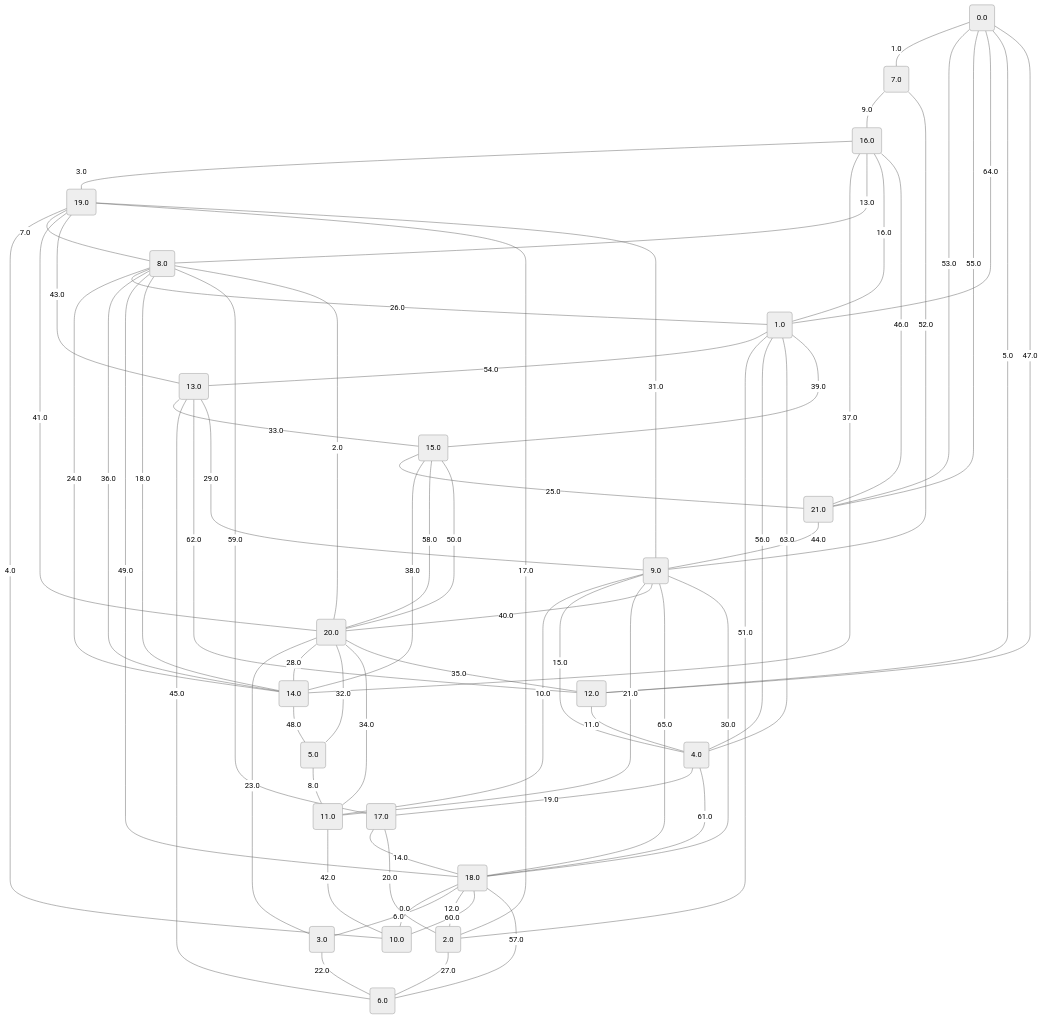
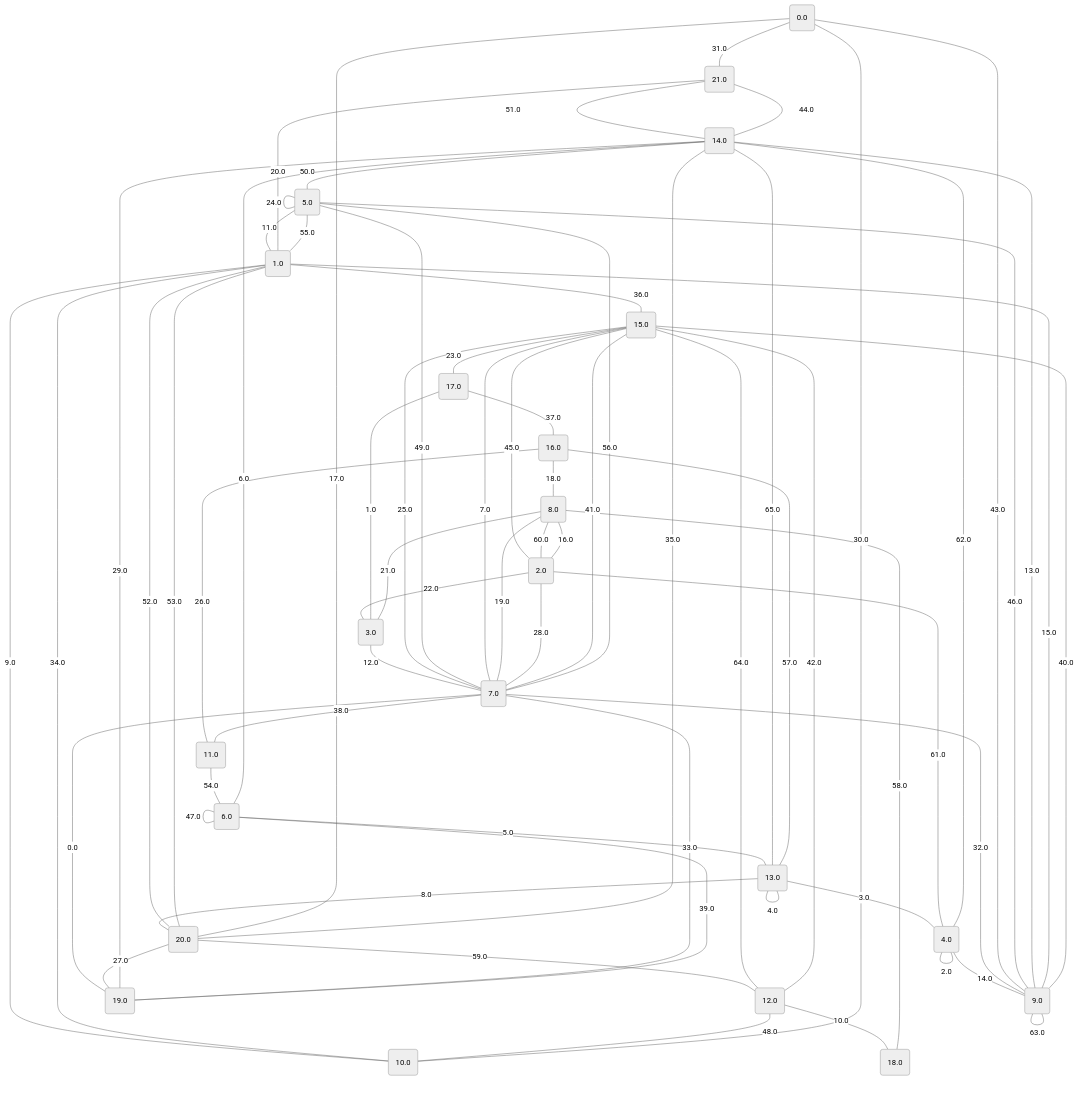
The diagram in project/src/testing/graphs/17.md (metury/graphs), drawn with Mermaid (neutral theme) before and after one commit. The commit also changed 52 other files, not shown here.

````diff
--- a/project/src/testing/graphs/17.md
+++ b/project/src/testing/graphs/17.md
@@ -22,70 +22,70 @@
 19("19.0");
 20("20.0");
 21("21.0");
-	18 -- "0.0" --- 10;
-	0 -- "1.0" --- 7;
-	20 -- "2.0" --- 8;
-	16 -- "3.0" --- 19;
-	19 -- "4.0" --- 10;
-	12 -- "5.0" --- 0;
-	18 -- "6.0" --- 3;
-	19 -- "7.0" --- 8;
-	5 -- "8.0" --- 11;
-	7 -- "9.0" --- 16;
-	9 -- "10.0" --- 11;
-	12 -- "11.0" --- 4;
-	18 -- "12.0" --- 2;
-	8 -- "13.0" --- 16;
-	17 -- "14.0" --- 18;
-	9 -- "15.0" --- 4;
-	1 -- "16.0" --- 16;
-	2 -- "17.0" --- 19;
-	14 -- "18.0" --- 8;
-	4 -- "19.0" --- 17;
-	17 -- "20.0" --- 2;
-	9 -- "21.0" --- 11;
-	3 -- "22.0" --- 6;
-	20 -- "23.0" --- 3;
-	8 -- "24.0" --- 14;
-	15 -- "25.0" --- 21;
-	8 -- "26.0" --- 1;
-	2 -- "27.0" --- 6;
-	20 -- "28.0" --- 14;
-	9 -- "29.0" --- 13;
-	18 -- "30.0" --- 9;
-	9 -- "31.0" --- 19;
-	20 -- "32.0" --- 5;
-	13 -- "33.0" --- 15;
-	20 -- "34.0" --- 11;
-	20 -- "35.0" --- 12;
-	8 -- "36.0" --- 14;
-	16 -- "37.0" --- 14;
-	15 -- "38.0" --- 14;
-	15 -- "39.0" --- 1;
-	9 -- "40.0" --- 20;
-	19 -- "41.0" --- 20;
-	11 -- "42.0" --- 10;
-	19 -- "43.0" --- 13;
-	21 -- "44.0" --- 9;
-	13 -- "45.0" --- 6;
-	21 -- "46.0" --- 16;
-	12 -- "47.0" --- 0;
-	14 -- "48.0" --- 5;
-	8 -- "49.0" --- 18;
-	20 -- "50.0" --- 15;
-	2 -- "51.0" --- 1;
-	7 -- "52.0" --- 9;
-	0 -- "53.0" --- 21;
-	1 -- "54.0" --- 13;
-	0 -- "55.0" --- 21;
-	4 -- "56.0" --- 1;
-	6 -- "57.0" --- 18;
-	15 -- "58.0" --- 20;
-	17 -- "59.0" --- 8;
-	18 -- "60.0" --- 10;
-	4 -- "61.0" --- 18;
-	13 -- "62.0" --- 12;
-	4 -- "63.0" --- 1;
-	0 -- "64.0" --- 1;
-	9 -- "65.0" --- 18;
+	7 -- "0.0" --- 19;
+	3 -- "1.0" --- 17;
+	4 -- "2.0" --- 4;
+	13 -- "3.0" --- 4;
+	13 -- "4.0" --- 13;
+	6 -- "5.0" --- 13;
+	6 -- "6.0" --- 14;
+	7 -- "7.0" --- 15;
+	13 -- "8.0" --- 20;
+	1 -- "9.0" --- 10;
+	12 -- "10.0" --- 18;
+	5 -- "11.0" --- 1;
+	3 -- "12.0" --- 7;
+	9 -- "13.0" --- 14;
+	4 -- "14.0" --- 9;
+	9 -- "15.0" --- 1;
+	2 -- "16.0" --- 8;
+	20 -- "17.0" --- 0;
+	16 -- "18.0" --- 8;
+	7 -- "19.0" --- 8;
+	1 -- "20.0" --- 21;
+	3 -- "21.0" --- 8;
+	2 -- "22.0" --- 3;
+	15 -- "23.0" --- 17;
+	5 -- "24.0" --- 5;
+	15 -- "25.0" --- 7;
+	16 -- "26.0" --- 11;
+	20 -- "27.0" --- 19;
+	7 -- "28.0" --- 2;
+	14 -- "29.0" --- 19;
+	10 -- "30.0" --- 0;
+	0 -- "31.0" --- 21;
+	7 -- "32.0" --- 9;
+	7 -- "33.0" --- 19;
+	1 -- "34.0" --- 10;
+	20 -- "35.0" --- 14;
+	1 -- "36.0" --- 15;
+	17 -- "37.0" --- 16;
+	7 -- "38.0" --- 11;
+	6 -- "39.0" --- 19;
+	9 -- "40.0" --- 15;
+	7 -- "41.0" --- 15;
+	12 -- "42.0" --- 15;
+	0 -- "43.0" --- 9;
+	14 -- "44.0" --- 21;
+	15 -- "45.0" --- 2;
+	5 -- "46.0" --- 9;
+	6 -- "47.0" --- 6;
+	12 -- "48.0" --- 10;
+	5 -- "49.0" --- 7;
+	14 -- "50.0" --- 5;
+	21 -- "51.0" --- 14;
+	1 -- "52.0" --- 20;
+	1 -- "53.0" --- 20;
+	11 -- "54.0" --- 6;
+	1 -- "55.0" --- 5;
+	7 -- "56.0" --- 5;
+	13 -- "57.0" --- 16;
+	18 -- "58.0" --- 8;
+	20 -- "59.0" --- 12;
+	8 -- "60.0" --- 2;
+	2 -- "61.0" --- 4;
+	4 -- "62.0" --- 14;
+	9 -- "63.0" --- 9;
+	15 -- "64.0" --- 12;
+	14 -- "65.0" --- 13;
 ```
````
